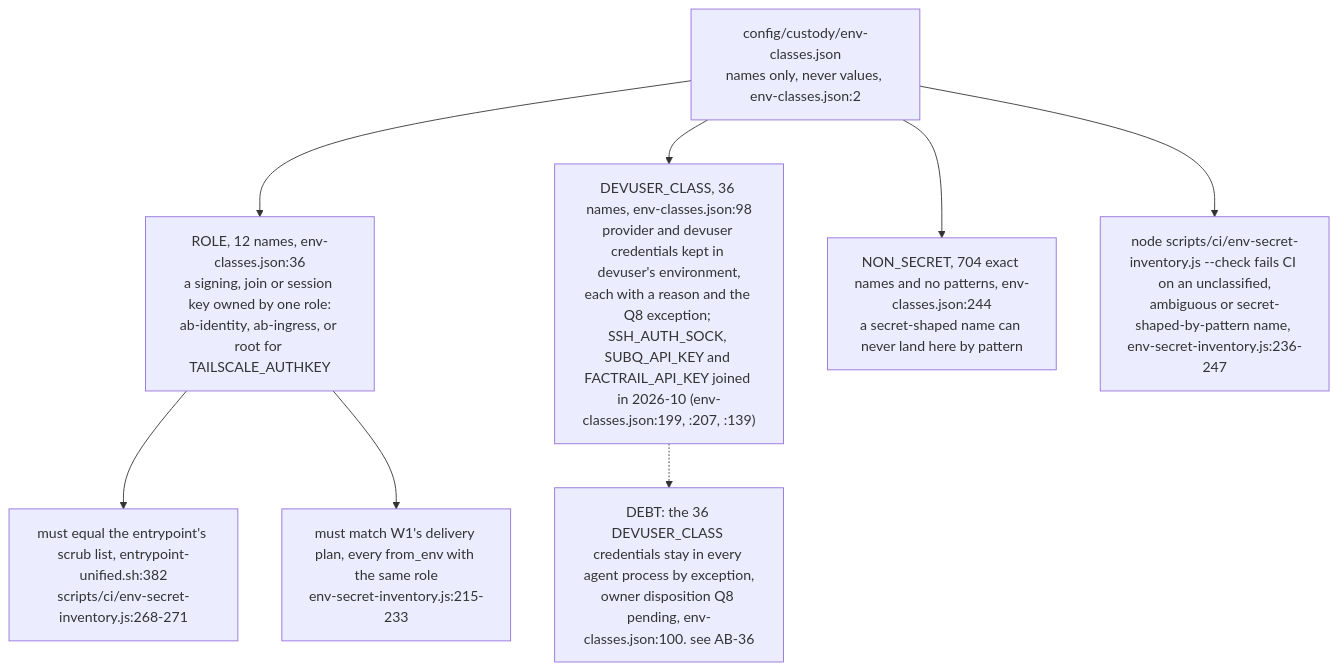
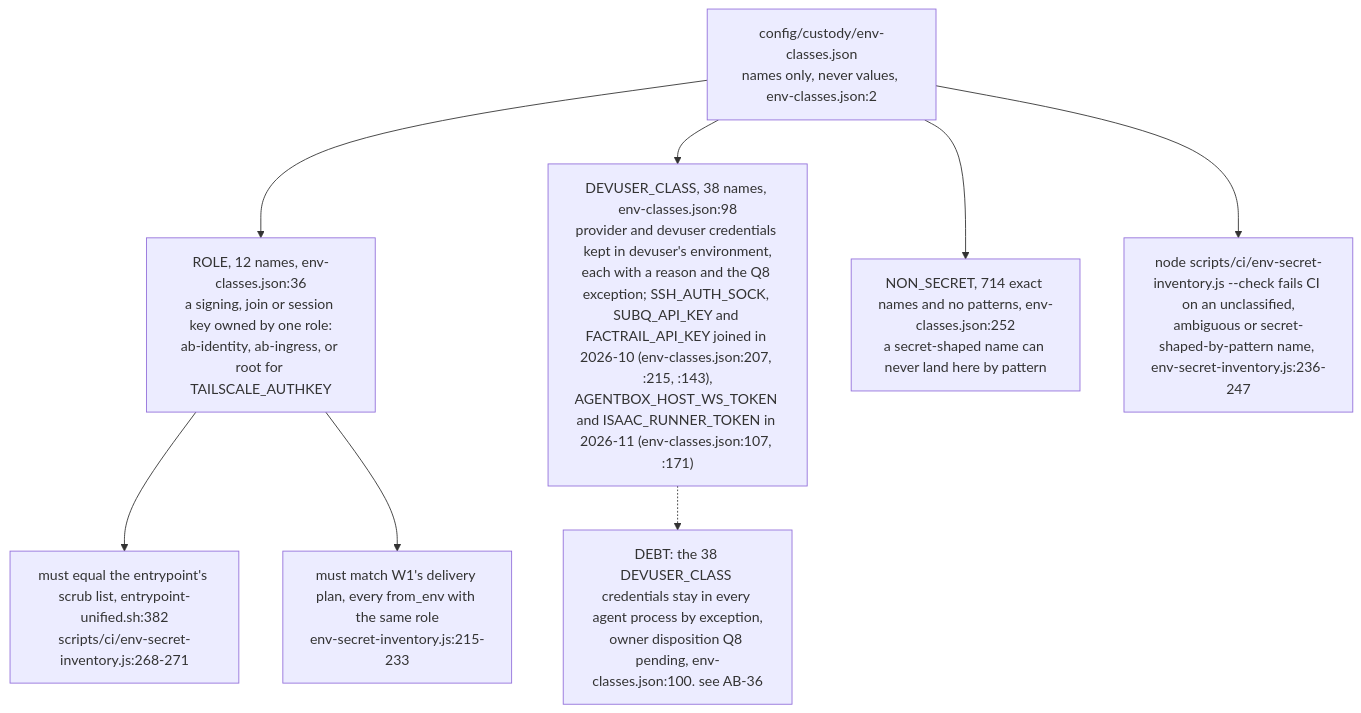
Diagram 14 of 14 in docs/diagrams/agentbox/16-secrets-custody-seccomp-profiles.md (DreamLab-AI/VisionFlow), drawn with Mermaid before and after one commit. The commit also changed other lines of this file and 8 other files, not shown here.

First line of the commit message:
docs(diagrams): re-verify the NIP-98 proxy topics and the custody counts at agentbox 0693c761c (VF-DIAGRAM-NIP98-DRIFT)

````diff
--- a/docs/diagrams/agentbox/16-secrets-custody-seccomp-profiles.md
+++ b/docs/diagrams/agentbox/16-secrets-custody-seccomp-profiles.md
@@ -525,11 +525,11 @@
 ```mermaid
 flowchart TB
     T["config/custody/env-classes.json<br/>names only, never values, env-classes.json:2"]
     T --> ROLE["ROLE, 12 names, env-classes.json:36<br/>a signing, join or session key owned by one role:<br/>ab-identity, ab-ingress, or root for TAILSCALE_AUTHKEY"]
-    T --> DEV["DEVUSER_CLASS, 36 names, env-classes.json:98<br/>provider and devuser credentials kept in devuser's environment,<br/>each with a reason and the Q8 exception; SSH_AUTH_SOCK, SUBQ_API_KEY and FACTRAIL_API_KEY joined in 2026-10 (env-classes.json:199, :207, :139)"]
-    T --> NS["NON_SECRET, 704 exact names and no patterns, env-classes.json:244<br/>a secret-shaped name can never land here by pattern"]
+    T --> DEV["DEVUSER_CLASS, 38 names, env-classes.json:98<br/>provider and devuser credentials kept in devuser's environment,<br/>each with a reason and the Q8 exception; SSH_AUTH_SOCK, SUBQ_API_KEY and FACTRAIL_API_KEY joined in 2026-10 (env-classes.json:207, :215, :143),<br/>AGENTBOX_HOST_WS_TOKEN and ISAAC_RUNNER_TOKEN in 2026-11 (env-classes.json:107, :171)"]
+    T --> NS["NON_SECRET, 714 exact names and no patterns, env-classes.json:252<br/>a secret-shaped name can never land here by pattern"]
     ROLE --> EP["must equal the entrypoint's scrub list, entrypoint-unified.sh:382<br/>scripts/ci/env-secret-inventory.js:268-271"]
     ROLE --> W1["must match W1's delivery plan, every from_env with the same role<br/>env-secret-inventory.js:215-233"]
     T --> CHK["node scripts/ci/env-secret-inventory.js --check fails CI on an unclassified,<br/>ambiguous or secret-shaped-by-pattern name, env-secret-inventory.js:236-247"]
-    DEV -.-> DEBT["DEBT: the 36 DEVUSER_CLASS credentials stay in every agent process by exception,<br/>owner disposition Q8 pending, env-classes.json:100. see AB-36"]
+    DEV -.-> DEBT["DEBT: the 38 DEVUSER_CLASS credentials stay in every agent process by exception,<br/>owner disposition Q8 pending, env-classes.json:100. see AB-36"]
 ```
````
